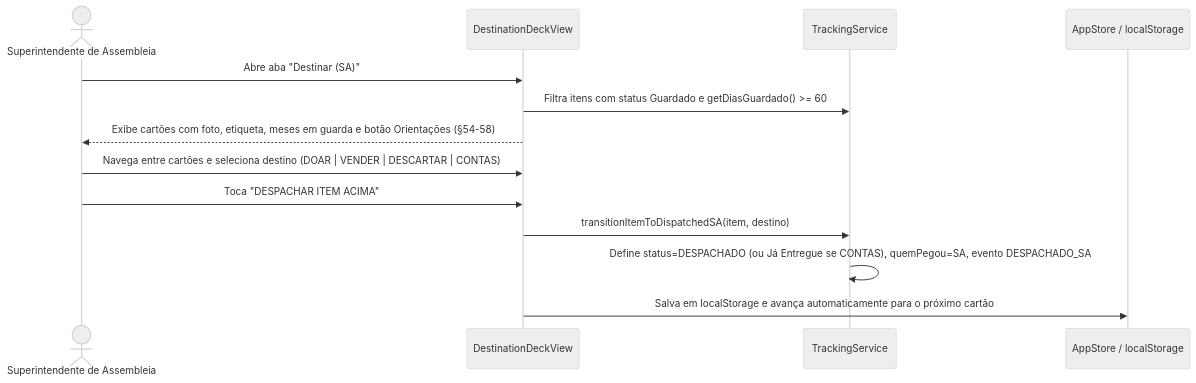
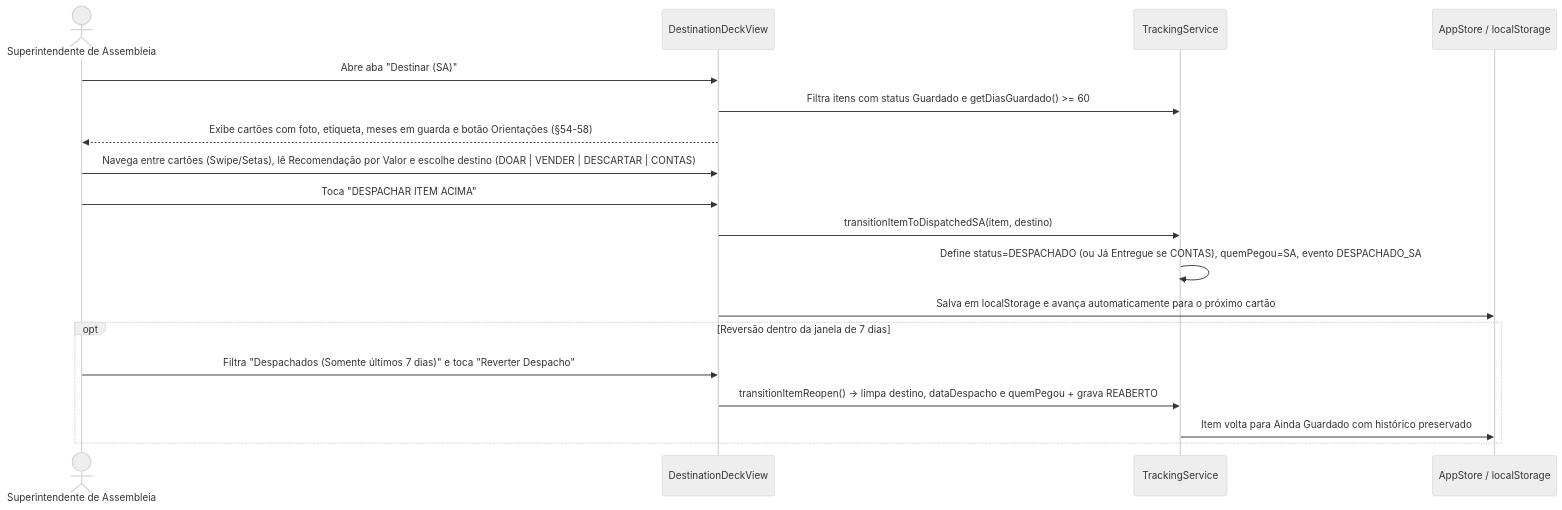
One commit to EliezerRosa/assembleia-perdidos-achados-pwa changed the seventh of 10 diagrams in docs/UML.md. Above: the diagram before and after it, drawn with Mermaid (neutral theme). The commit also changed other lines of this file and 5 other files, not shown here.

Commit message:
docs: atualizar MER, UML e explorador grafico com ANEXO 1 (15l), PA.txt, trava Abrir/Fechar, 5 secoes e Reverter Despacho 7d

````diff
--- a/docs/UML.md
+++ b/docs/UML.md
@@ -331,16 +336,21 @@
 ```mermaid
 sequenceDiagram
     actor SA as Superintendente de Assembleia
     participant Deck as DestinationDeckView
     participant Track as TrackingService
     participant Store as AppStore / localStorage
 
     SA->>Deck: Abre aba "Destinar (SA)"
     Deck->>Track: Filtra itens com status Guardado e getDiasGuardado() >= 60
     Deck-->>SA: Exibe cartões com foto, etiqueta, meses em guarda e botão Orientações (§54-58)
-    SA->>Deck: Navega entre cartões e seleciona destino (DOAR | VENDER | DESCARTAR | CONTAS)
+    SA->>Deck: Navega entre cartões (Swipe/Setas), lê Recomendação por Valor e escolhe destino (DOAR | VENDER | DESCARTAR | CONTAS)
     SA->>Deck: Toca "DESPACHAR ITEM ACIMA"
     Deck->>Track: transitionItemToDispatchedSA(item, destino)
     Track->>Track: Define status=DESPACHADO (ou Já Entregue se CONTAS), quemPegou=SA, evento DESPACHADO_SA
     Deck->>Store: Salva em localStorage e avança automaticamente para o próximo cartão
+    opt Reversão dentro da janela de 7 dias
+      SA->>Deck: Filtra "Despachados (Somente últimos 7 dias)" e toca "Reverter Despacho"
+      Deck->>Track: transitionItemReopen() -> limpa destino, dataDespacho e quemPegou + grava REABERTO
+      Track->>Store: Item volta para Ainda Guardado com histórico preservado
+    end
 ```
````
